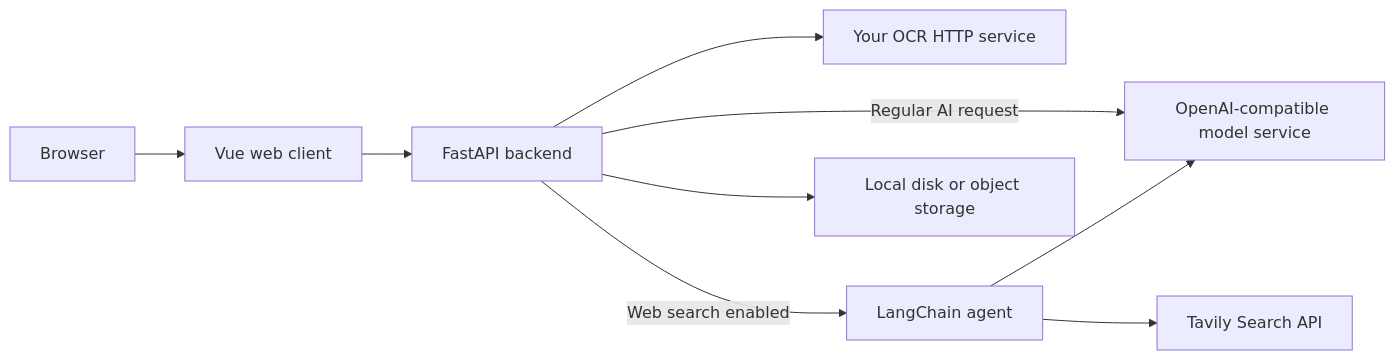
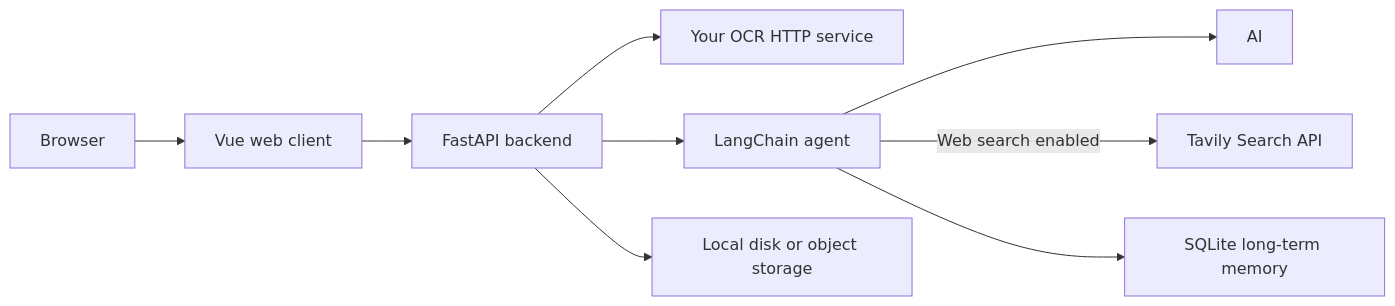
One commit to zhe-w12/DocuCraft changed the diagram in README.en.md. Above: the diagram before and after it, drawn with Mermaid. The commit also changed other lines of this file and 16 other files, not shown here.

Commit message:
实现双 Agent 写作流程与 SQLite 长期记忆

````diff
--- a/README.en.md
+++ b/README.en.md
@@ -22,11 +22,11 @@
 ```mermaid
 flowchart LR
     User[Browser] --> Web[Vue web client]
     Web --> API[FastAPI backend]
     API --> OCR[Your OCR HTTP service]
-    API -->|Regular AI request| AI[OpenAI-compatible model service]
-    API -->|Web search enabled| Agent[LangChain agent]
+    API --> Agent[LangChain agent]
     Agent --> AI
-    Agent --> Tavily[Tavily Search API]
+    Agent -->|Web search enabled| Tavily[Tavily Search API]
+    Agent --> Memory[SQLite long-term memory]
     API --> Store[Local disk or object storage]
 ```
````
